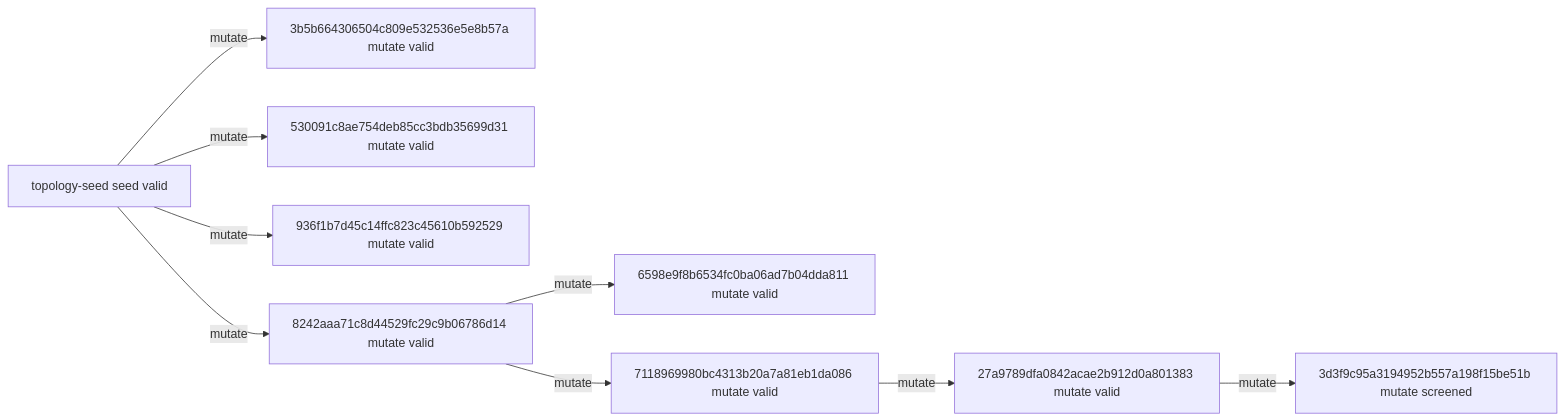
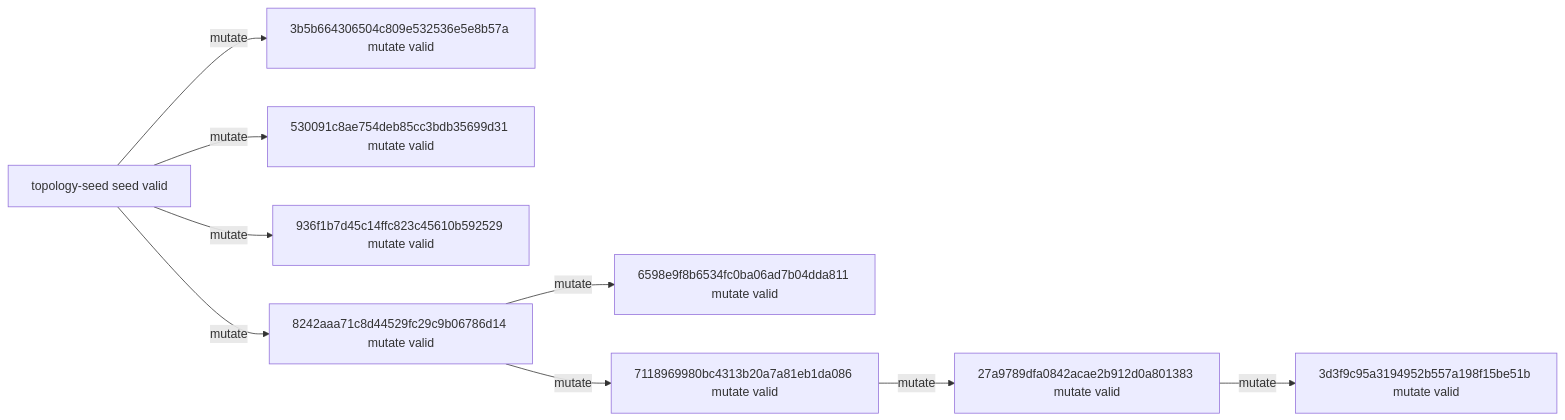
The diagram in experiments/campaigns/layout-numerical-lane1/README.md (timbtz/feyer-search-lab), drawn with Mermaid before and after one commit. The commit also changed other lines of this file and 7 other files, not shown here.

````diff
--- a/experiments/campaigns/layout-numerical-lane1/README.md
+++ b/experiments/campaigns/layout-numerical-lane1/README.md
@@ -21,20 +21,20 @@
 ```mermaid
 graph LR
   n0["topology-seed seed valid"]
   n1["3b5b664306504c809e532536e5e8b57a mutate valid"]
   n2["530091c8ae754deb85cc3bdb35699d31 mutate valid"]
   n3["936f1b7d45c14ffc823c45610b592529 mutate valid"]
   n4["8242aaa71c8d44529fc29c9b06786d14 mutate valid"]
   n5["6598e9f8b6534fc0ba06ad7b04dda811 mutate valid"]
   n6["7118969980bc4313b20a7a81eb1da086 mutate valid"]
   n7["27a9789dfa0842acae2b912d0a801383 mutate valid"]
-  n8["3d3f9c95a3194952b557a198f15be51b mutate screened"]
+  n8["3d3f9c95a3194952b557a198f15be51b mutate valid"]
   n0 -->|mutate| n1
   n0 -->|mutate| n2
   n0 -->|mutate| n3
   n0 -->|mutate| n4
   n4 -->|mutate| n5
   n4 -->|mutate| n6
   n6 -->|mutate| n7
   n7 -->|mutate| n8
 ```
````
